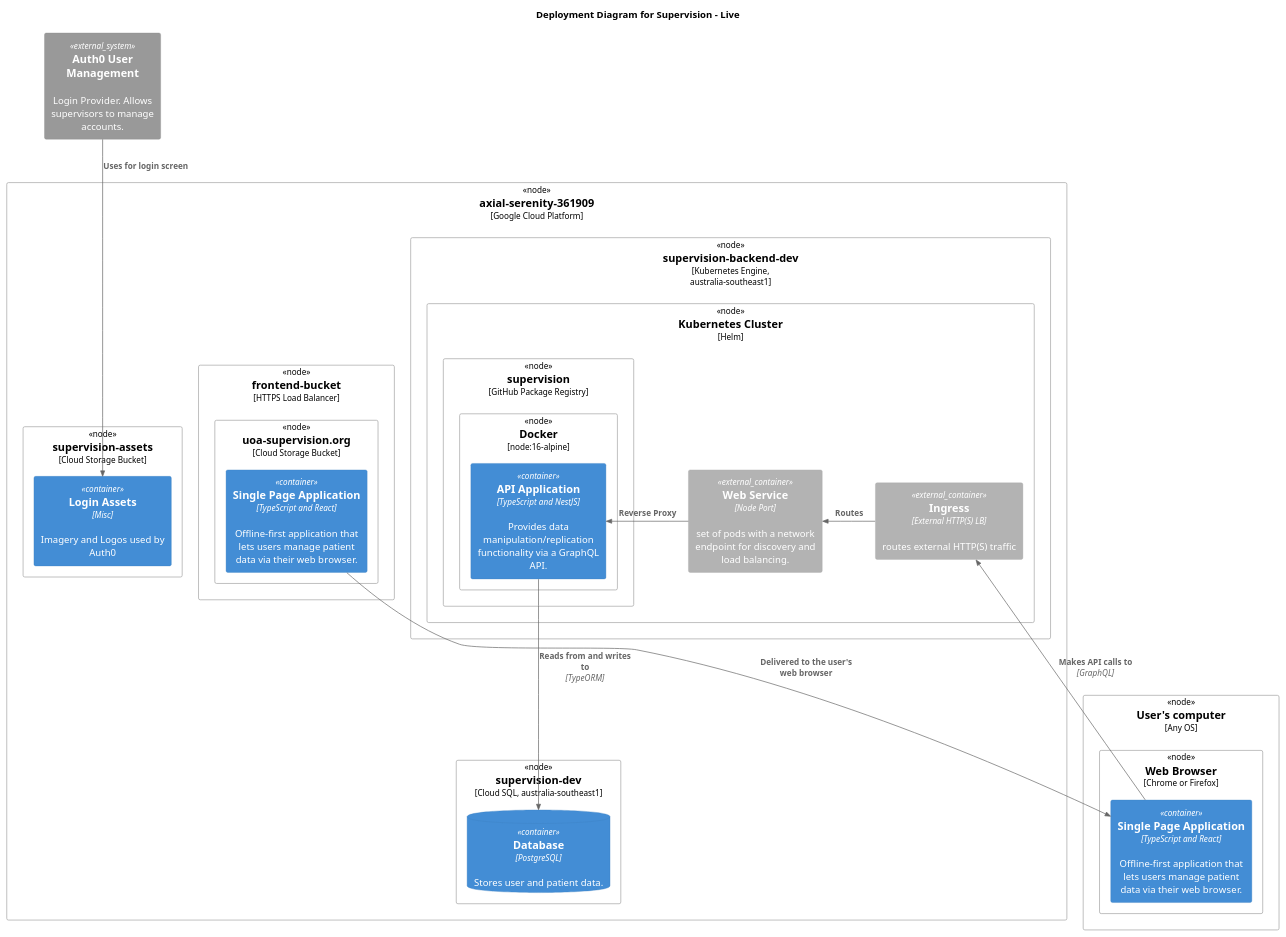
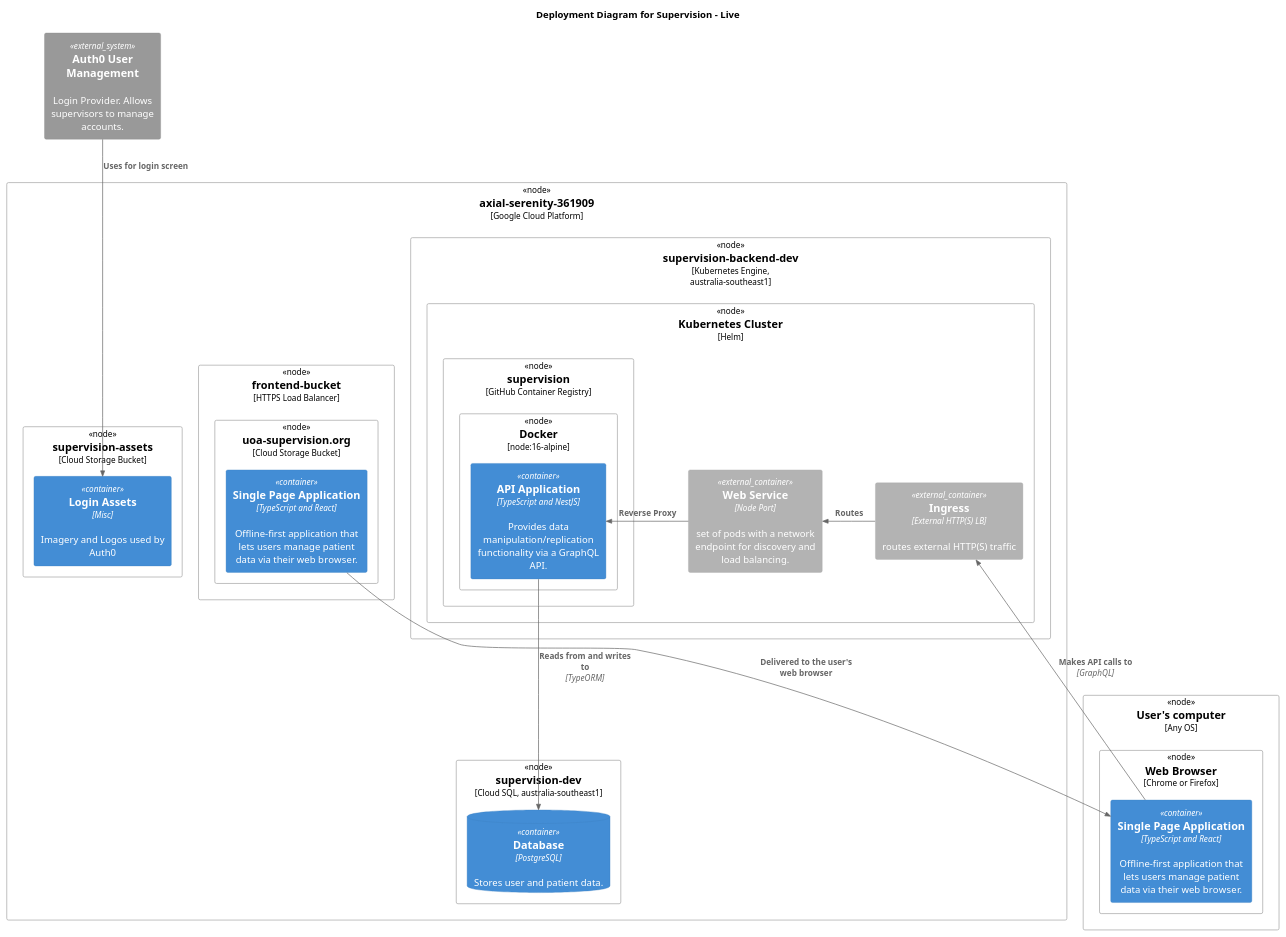
One commit to University-of-Auckland-SOFTENG761/supervision changed the diagram in apps/c4-diagram/src/Deployment/deployment.puml. Above: the diagram before and after it, drawn with PlantUML. The commit also changed 1 other file, not shown here.

Commit message:
write more deployment docs

```diff
--- a/apps/c4-diagram/src/Deployment/deployment.puml
+++ b/apps/c4-diagram/src/Deployment/deployment.puml
@@ -1,55 +1,55 @@
 @startuml
 !include https://raw.githubusercontent.com/adrianvlupu/C4-PlantUML/latest/C4_Deployment.puml
 
 title Deployment Diagram for Supervision - Live
 
 Deployment_Node(gcp, axial-serenity-361909, "Google Cloud Platform"){
 
   Deployment_Node(dn_api, supervision-backend-dev, "Kubernetes Engine, australia-southeast1"){
     Deployment_Node(k8s, Kubernetes Cluster, Helm){
-      Deployment_Node(ghr, supervision, GitHub Package Registry){
+      Deployment_Node(ghr, supervision, GitHub Container Registry){
         Deployment_Node(docker, Docker, node:16-alpine){
           Container(api, "API Application", "TypeScript and NestJS", "Provides data manipulation/replication functionality via a GraphQL API.")
         }
       }
 
       Container_Ext(ingress, Ingress, "External HTTP(S) LB", routes external HTTP(S) traffic)
       Container_Ext(webserv, Web Service, "Node Port", set of pods with a network endpoint for discovery and load balancing.)
 
       Rel_L(ingress, webserv, Routes)
       Rel_L(webserv, api, Reverse Proxy)
     }
   }
 
   Deployment_Node(frontentlb, frontend-bucket, HTTPS Load Balancer){
     Deployment_Node(gcs_1, uoa-supervision.org, "Cloud Storage Bucket"){
       Container(spa, "Single Page Application", "TypeScript and React", "Offline-first application that lets users manage patient data via their web browser.")
     }
   }
 
   Deployment_Node(gcs_2, supervision-assets, "Cloud Storage Bucket"){
     Container(assets, "Login Assets", "Misc", "Imagery and Logos used by Auth0")
   }
 
   Deployment_Node(gcp_db, supervision-dev, "Cloud SQL, australia-southeast1") {
     ContainerDb(db, "Database", "PostgreSQL", "Stores user and patient data.")
   }
 
 
 
 }
 
 Deployment_Node(computer, "User's computer", "Any OS"){
   Deployment_Node(browser, "Web Browser", "Chrome or Firefox") {
     Container(spa_deployed, "Single Page Application", "TypeScript and React", "Offline-first application that lets users manage patient data via their web browser.")
   }
 }
 
 System_Ext(auth0, "Auth0 User Management", "Login Provider. Allows supervisors to manage accounts.")
 
 Rel(spa, spa_deployed, "Delivered to the user's web browser")
 Rel(spa_deployed, ingress, "Makes API calls to", GraphQL)
 Rel(auth0, assets, Uses for login screen)
 Rel(api, db, Reads from and writes to, TypeORM)
 
 @enduml
```
